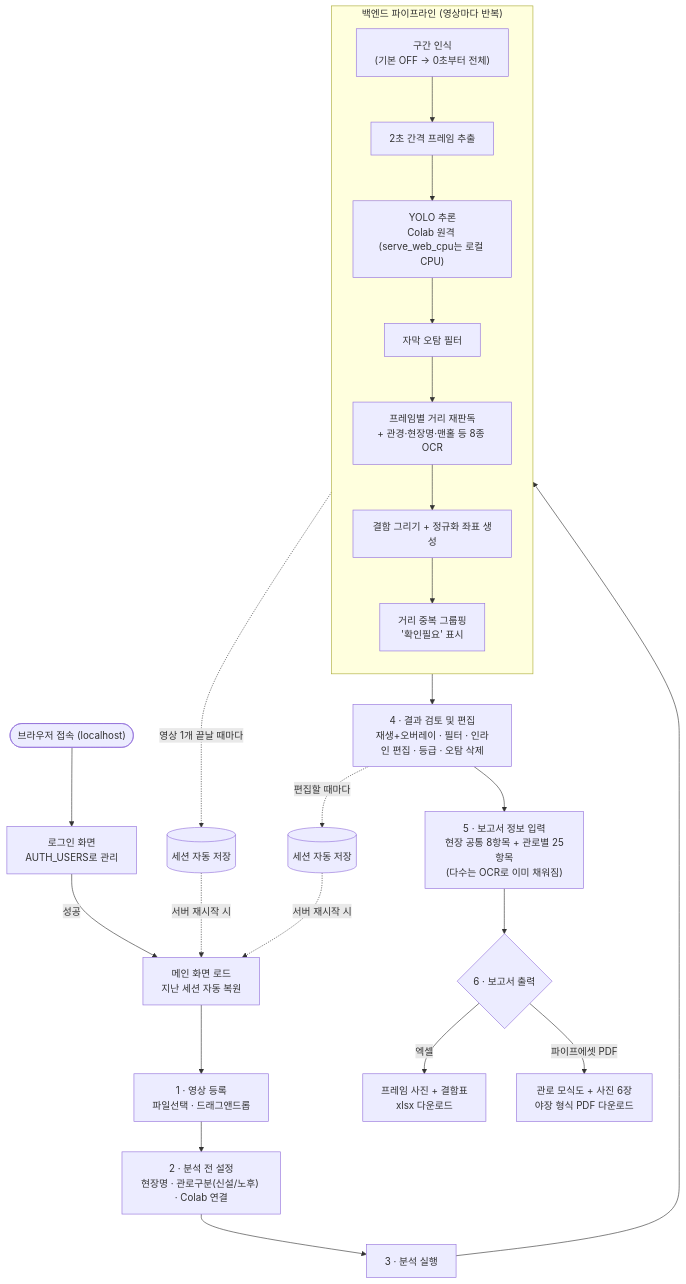
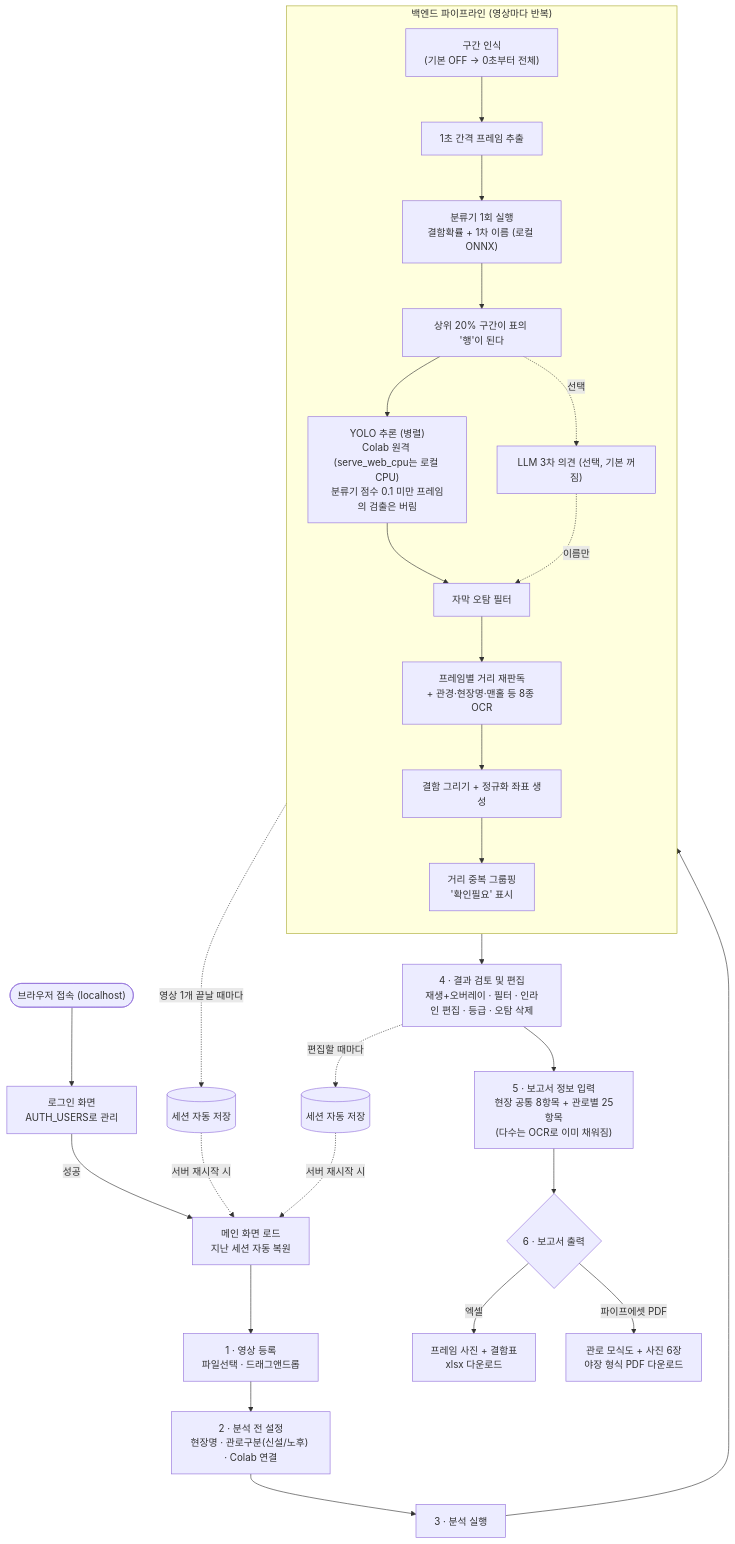
Before and after one commit to Eunbee-K/AI_CCTV: the diagram in docs/reports/2026-08-05-전체-유저플로우.md, drawn with Mermaid. The commit also changed other lines of this file and 6 other files, not shown here.

````diff
--- a/docs/reports/2026-08-05-전체-유저플로우.md
+++ b/docs/reports/2026-08-05-전체-유저플로우.md
@@ -13,35 +13,43 @@
 ```mermaid
 flowchart TD
     START(["브라우저 접속 (localhost)"]) --> LOGIN["로그인 화면<br/>AUTH_USERS로 관리"]
     LOGIN -- "성공" --> APP["메인 화면 로드<br/>지난 세션 자동 복원"]
 
     APP --> ADD["1 · 영상 등록<br/>파일선택 · 드래그앤드롭"]
     ADD --> SETUP["2 · 분석 전 설정<br/>현장명 · 관로구분(신설/노후) · Colab 연결"]
     SETUP --> RUN["3 · 분석 실행"]
 
     subgraph PIPE ["백엔드 파이프라인 (영상마다 반복)"]
         direction TB
         P1["구간 인식<br/>(기본 OFF → 0초부터 전체)"]
-        P2["2초 간격 프레임 추출"]
-        P3["YOLO 추론<br/>Colab 원격 (serve_web_cpu는 로컬 CPU)"]
-        P4["자막 오탐 필터"]
-        P5["프레임별 거리 재판독<br/>+ 관경·현장명·맨홀 등 8종 OCR"]
-        P6["결함 그리기 + 정규화 좌표 생성"]
-        P7["거리 중복 그룹핑<br/>'확인필요' 표시"]
-        P1 --> P2 --> P3 --> P4 --> P5 --> P6 --> P7
+        P2["1초 간격 프레임 추출"]
+        P3["분류기 1회 실행<br/>결함확률 + 1차 이름 (로컬 ONNX)"]
+        P3B["상위 20% 구간이 표의 '행'이 된다"]
+        P4["YOLO 추론 (병렬)<br/>Colab 원격 (serve_web_cpu는 로컬 CPU)<br/>분류기 점수 0.1 미만 프레임의 검출은 버림"]
+        P4B["LLM 3차 의견 (선택, 기본 꺼짐)"]
+        P5["자막 오탐 필터"]
+        P6["프레임별 거리 재판독<br/>+ 관경·현장명·맨홀 등 8종 OCR"]
+        P7["결함 그리기 + 정규화 좌표 생성"]
+        P8["거리 중복 그룹핑<br/>'확인필요' 표시"]
+        P1 --> P2 --> P3 --> P3B
+        P3B --> P4
+        P3B -.선택.-> P4B
+        P4 --> P5
+        P4B -.이름만.-> P5
+        P5 --> P6 --> P7 --> P8
     end
 
     RUN --> PIPE
     PIPE -.영상 1개 끝날 때마다.-> SAVE1[("세션 자동 저장")]
 
     PIPE --> REVIEW["4 · 결과 검토 및 편집<br/>재생+오버레이 · 필터 · 인라인 편집 · 등급 · 오탐 삭제"]
     REVIEW -.편집할 때마다.-> SAVE2[("세션 자동 저장")]
 
     REVIEW --> META["5 · 보고서 정보 입력<br/>현장 공통 8항목 + 관로별 25항목<br/>(다수는 OCR로 이미 채워짐)"]
     META --> EXPORT{"6 · 보고서 출력"}
     EXPORT -- "엑셀" --> XLSX["프레임 사진 + 결함표<br/>xlsx 다운로드"]
     EXPORT -- "파이프에셋 PDF" --> PDF["관로 모식도 + 사진 6장<br/>야장 형식 PDF 다운로드"]
 
     SAVE1 -.서버 재시작 시.-> APP
     SAVE2 -.서버 재시작 시.-> APP
 ```
````
